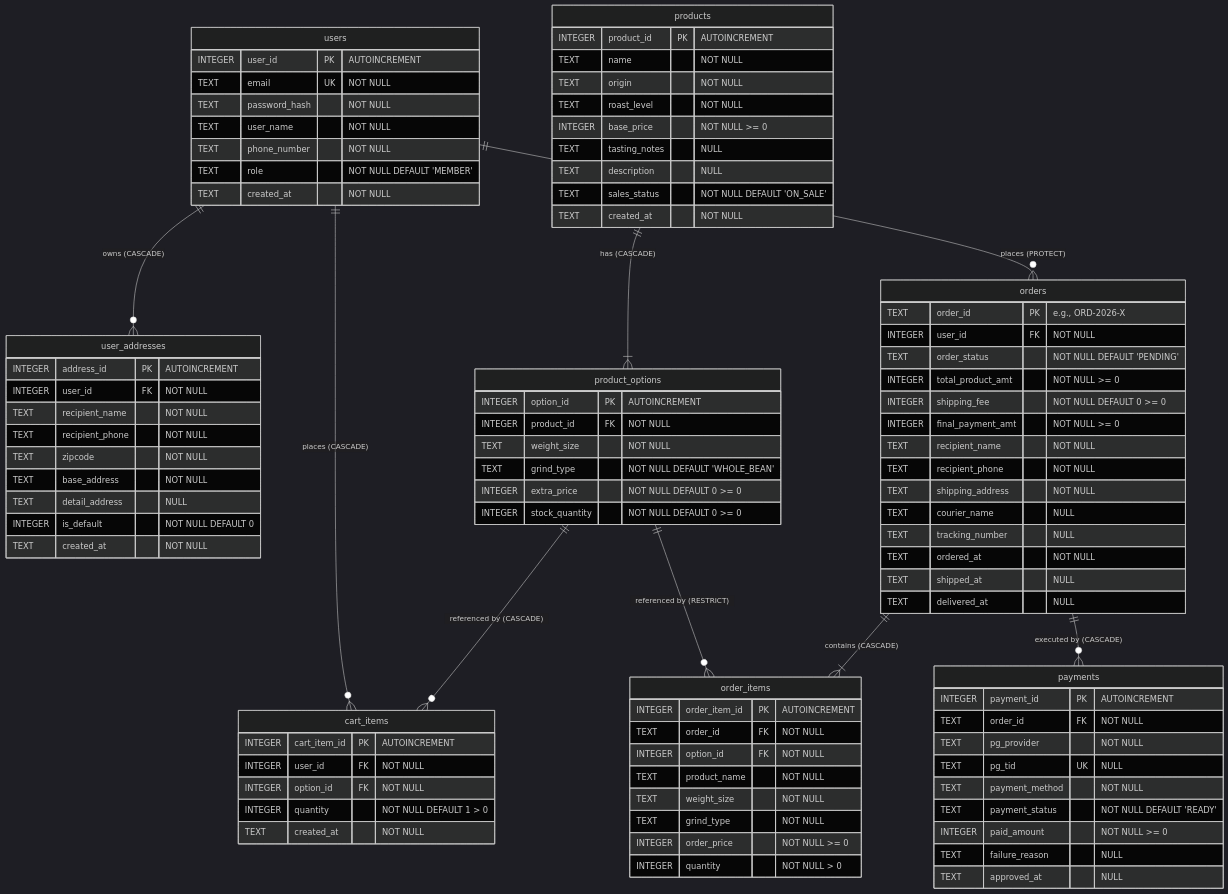
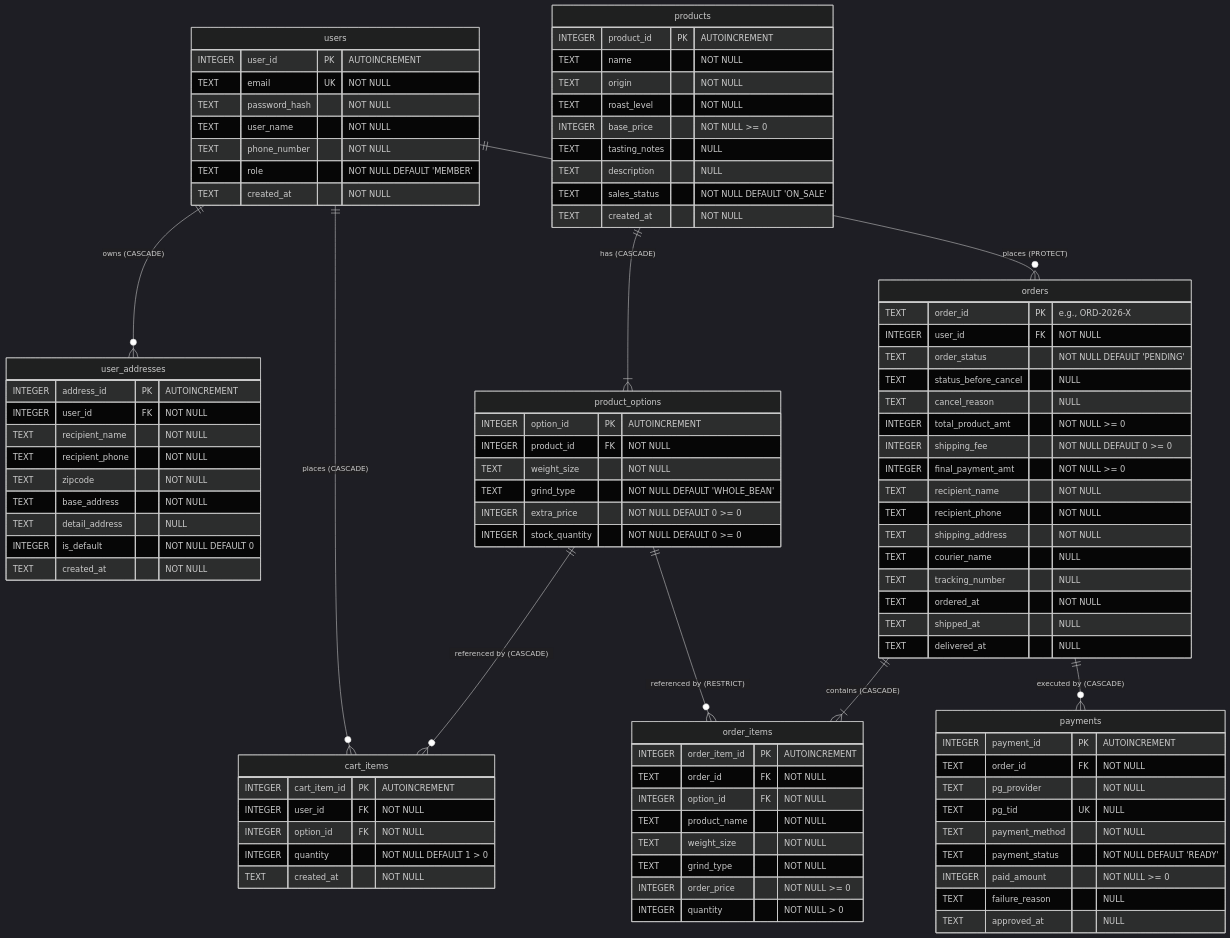
The diagram in docs/backend/table-specification.md (seren-wib/coffee-shop), drawn with Mermaid (dark theme) before and after one commit. The commit also changed other lines of this file and 3 other files, not shown here.

First line of the commit message:
docs(backend): store previous status and reason on cancel request

```diff
--- a/docs/backend/table-specification.md
+++ b/docs/backend/table-specification.md
@@ -84,6 +84,8 @@
         TEXT order_id PK "e.g., ORD-2026-X"
         INTEGER user_id FK "NOT NULL"
         TEXT order_status "NOT NULL DEFAULT 'PENDING'"
+        TEXT status_before_cancel "NULL"
+        TEXT cancel_reason "NULL"
         INTEGER total_product_amt "NOT NULL >= 0"
         INTEGER shipping_fee "NOT NULL DEFAULT 0 >= 0"
         INTEGER final_payment_amt "NOT NULL >= 0"
```
